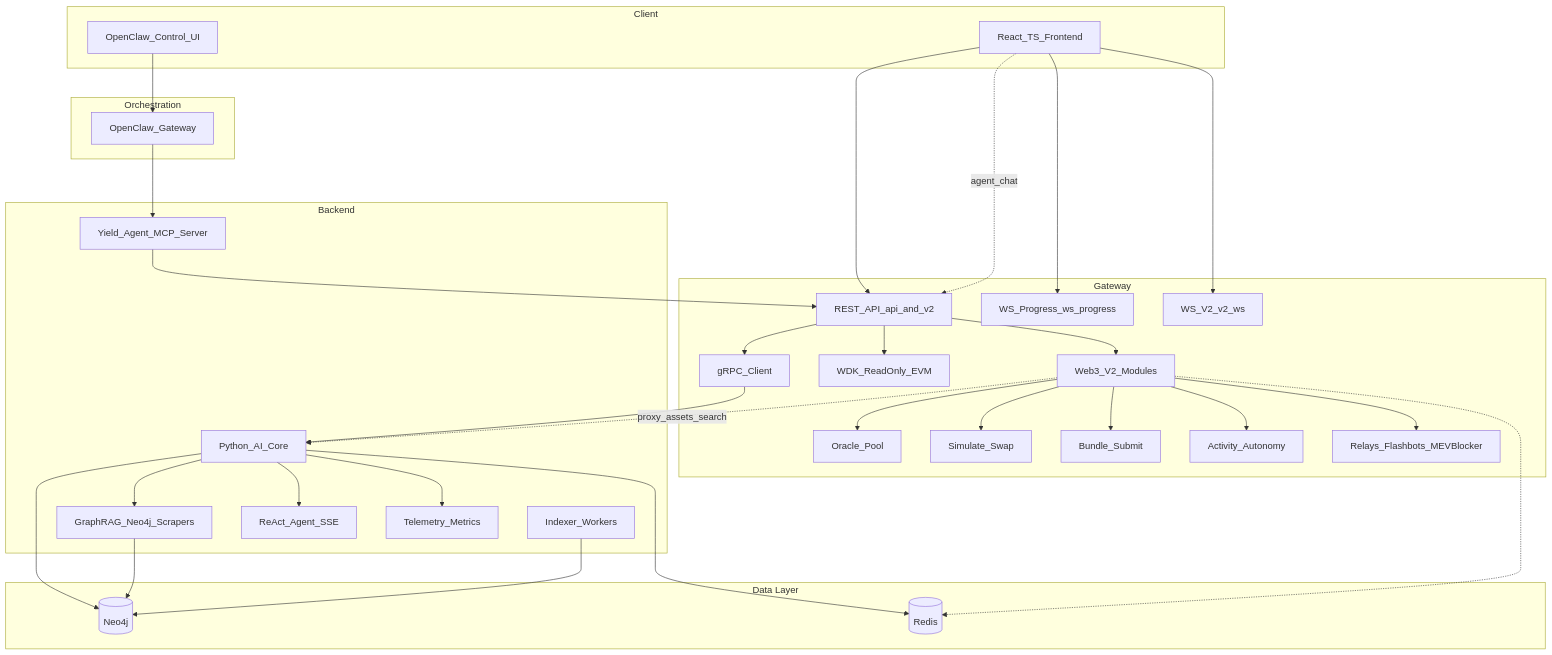
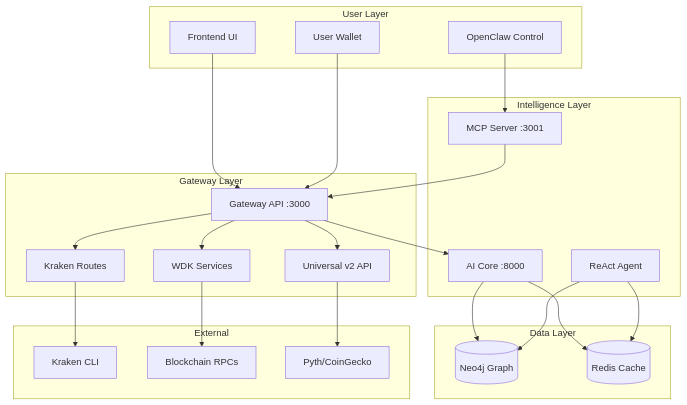
Before and after one commit to Godwin-88/probable-octo-chainsaw: the diagram in README.md, drawn with Mermaid. The commit also changed other lines of this file and 2520 other files, not shown here.

````diff
--- a/README.md
+++ b/README.md
@@ -12,60 +28,48 @@
 ```mermaid
 flowchart TB
-  subgraph client [Client]
-    UI[React_TS_Frontend]
-    OC_UI[OpenClaw_Control_UI]
+  subgraph User Layer
+    UI[Frontend UI]
+    OC[OpenClaw Control]
+    Wallet[User Wallet]
   end
-  subgraph orchestration [Orchestration]
-    OpenClaw[OpenClaw_Gateway]
+  
+  subgraph Gateway Layer
+    GW[Gateway API :3000]
+    KR[Kraken Routes]
+    V2[Universal v2 API]
+    WDK[WDK Services]
   end
-  subgraph gateway [Gateway]
-    REST[REST_API_api_and_v2]
-    WS1[WS_Progress_ws_progress]
-    WS2[WS_V2_v2_ws]
-    V2[Web3_V2_Modules]
-    Oracle[Oracle_Pool]
-    Sim[Simulate_Swap]
-    Bundle[Bundle_Submit]
-    Activity[Activity_Autonomy]
-    Relay[Relays_Flashbots_MEVBlocker]
-    WDK[WDK_ReadOnly_EVM]
-    gRPC_Client[gRPC_Client]
+  
+  subgraph Intelligence Layer
+    AI[AI Core :8000]
+    MCP[MCP Server :3001]
+    AG[ReAct Agent]
   end
-  subgraph services [Backend]
-    MCP[Yield_Agent_MCP_Server]
-    AI[Python_AI_Core]
-    Indexer[Indexer_Workers]
-    GraphRAG[GraphRAG_Neo4j_Scrapers]
-    ReAct[ReAct_Agent_SSE]
-    Telemetry[Telemetry_Metrics]
+  
+  subgraph Data Layer
+    Neo4j[(Neo4j Graph)]
+    Redis[(Redis Cache)]
   end
-  subgraph data [Data Layer]
-    Neo4j[(Neo4j)]
-    Redis[(Redis)]
+  
+  subgraph External
+    Kraken[Kraken CLI]
+    Chains[Blockchain RPCs]
+    Oracles[Pyth/CoinGecko]
   end
-  UI --> REST
-  UI --> WS1
-  UI --> WS2
-  UI -.->|agent_chat| REST
-  OC_UI --> OpenClaw
-  OpenClaw --> MCP
-  MCP --> REST
-  REST --> V2
-  V2 --> Oracle
-  V2 --> Sim
-  V2 --> Bundle
-  V2 --> Activity
-  V2 --> Relay
-  REST --> WDK
-  REST --> gRPC_Client
-  gRPC_Client --> AI
+  
+  UI --> GW
+  OC --> MCP
+  Wallet --> GW
+  GW --> KR
+  GW --> V2
+  GW --> WDK
+  GW --> AI
+  MCP --> GW
   AI --> Neo4j
   AI --> Redis
-  AI --> GraphRAG
-  AI --> ReAct
-  AI --> Telemetry
-  GraphRAG --> Neo4j
-  Indexer --> Neo4j
-  V2 -.-> Redis
-  V2 -.->|proxy_assets_search| AI
+  AG --> Neo4j
+  AG --> Redis
+  KR --> Kraken
+  WDK --> Chains
+  V2 --> Oracles
 ```
````
